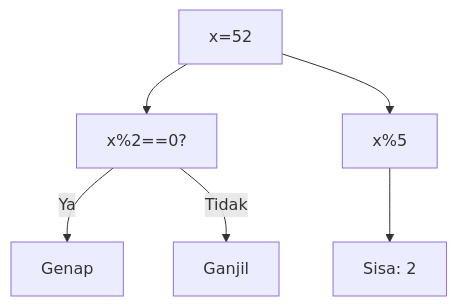
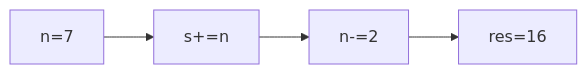
Before and after one commit to amnahwaida/OSNK_INF_PREP: the third of 25 diagrams in part-c-pemahaman-cpp/03-perulangan/latihan/set-03.md, drawn with Mermaid. The commit also changed other lines of this file and 71 other files, not shown here.

````diff
--- a/part-c-pemahaman-cpp/03-perulangan/latihan/set-03.md
+++ b/part-c-pemahaman-cpp/03-perulangan/latihan/set-03.md
@@ -55,8 +75,6 @@
 ```mermaid
-graph TD
-A["x=52"] --> B["x%2==0?"]
-B -- Ya --> C["Genap"]
-B -- Tidak --> D["Ganjil"]
-A --> E["x%5"]
-E --> F["Sisa: 2"]
+graph LR
+A["n=7"] --> B["s+=n"]
+B --> C["n-=2"]
+C --> D["res=16"]
 ```
````
